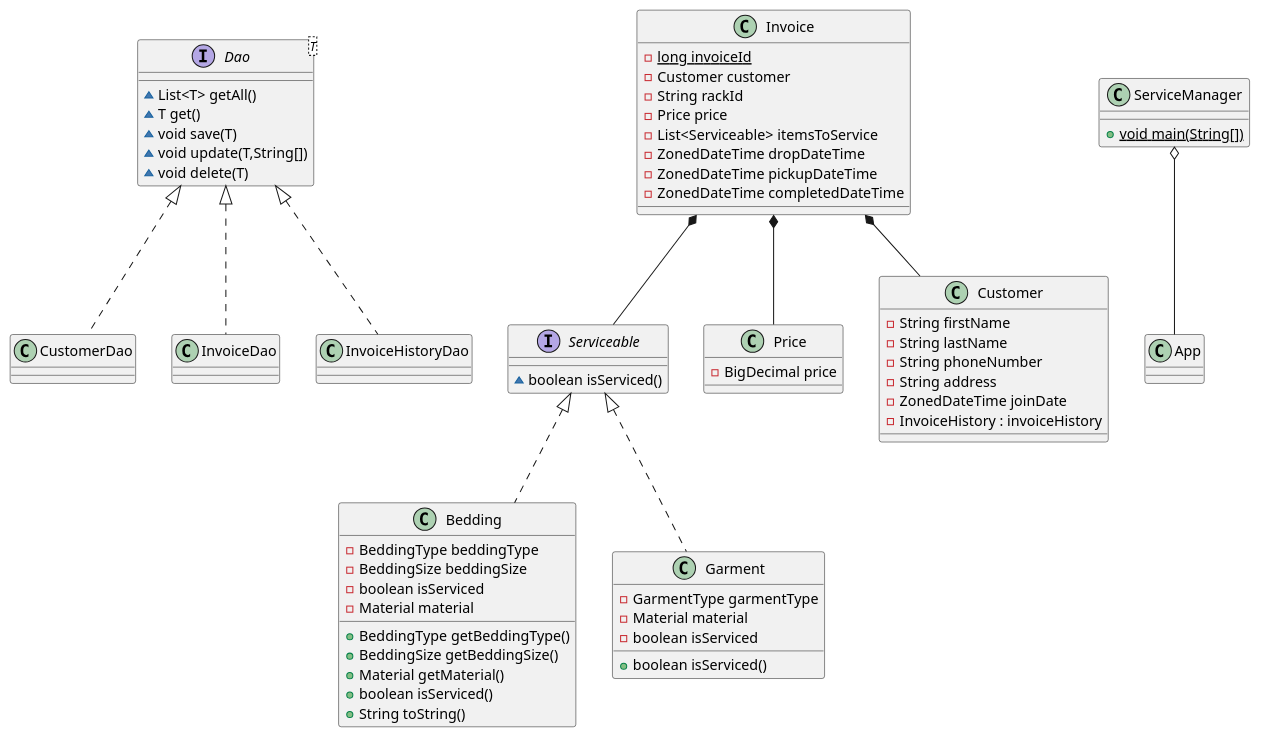
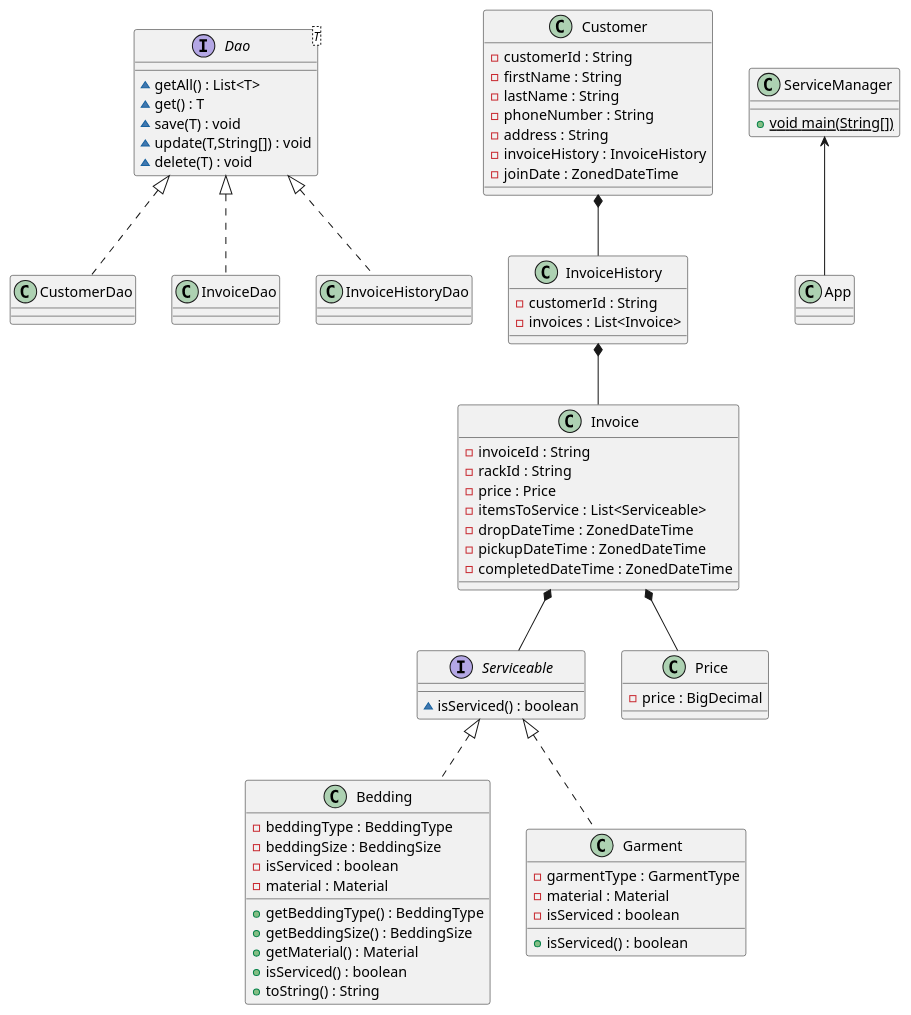
The diagram in ServiceManager/src/main/resources/ServiceManagerOverview.puml (willkim76/portfolio), drawn with PlantUML before and after one commit. The commit also changed 45 other files, not shown here.

Commit message:
ServiceManager Base Feature Revision A.0.6

```diff
--- a/ServiceManager/src/main/resources/ServiceManagerOverview.puml
+++ b/ServiceManager/src/main/resources/ServiceManagerOverview.puml
@@ -1,71 +1,76 @@
 @startuml
 class CustomerDao {
 }
 class Bedding {
-- BeddingType beddingType
-- BeddingSize beddingSize
-- boolean isServiced
-- Material material
-+ BeddingType getBeddingType()
-+ BeddingSize getBeddingSize()
-+ Material getMaterial()
-+ boolean isServiced()
-+ String toString()
+- beddingType : BeddingType
+- beddingSize : BeddingSize
+- isServiced : boolean
+- material : Material
++ getBeddingType() : BeddingType
++ getBeddingSize() : BeddingSize
++ getMaterial() : Material
++ isServiced() : boolean
++ toString() : String
 }
 class Invoice {
-- {static} long invoiceId
-- Customer customer
-- String rackId
-- Price price
-- List<Serviceable> itemsToService
-- ZonedDateTime dropDateTime
-- ZonedDateTime pickupDateTime
-- ZonedDateTime completedDateTime
+- invoiceId : String
+- rackId : String
+- price : Price
+- itemsToService : List<Serviceable>
+- dropDateTime : ZonedDateTime
+- pickupDateTime : ZonedDateTime
+- completedDateTime : ZonedDateTime
+}
+class InvoiceHistory {
+- customerId : String
+- invoices : List<Invoice>
 }
 interface Serviceable {
-~ boolean isServiced()
+~ isServiced() : boolean
 }
 interface Dao<T> {
-~ List<T> getAll()
-~ T get()
-~ void save(T)
-~ void update(T,String[])
-~ void delete(T)
+~ getAll() : List<T>
+~ get() : T
+~ save(T) : void
+~ update(T,String[]) : void
+~ delete(T) : void
 }
 class InvoiceDao {
 }
 class Garment {
-- GarmentType garmentType
-- Material material
-- boolean isServiced
-+ boolean isServiced()
+- garmentType : GarmentType
+- material : Material
+- isServiced : boolean
++ isServiced() : boolean
 }
 class App {
 }
 class ServiceManager {
 + {static} void main(String[])
 }
 class Price {
-- BigDecimal price
+- price : BigDecimal
 }
 class Customer {
-- String firstName
-- String lastName
-- String phoneNumber
-- String address
-- ZonedDateTime joinDate
-- InvoiceHistory : invoiceHistory
+- customerId : String
+- firstName : String
+- lastName : String
+- phoneNumber : String
+- address : String
+- invoiceHistory : InvoiceHistory
+- joinDate : ZonedDateTime
 }
 
 Serviceable <|.. Bedding
 Serviceable <|.. Garment
 Dao <|.. CustomerDao
 Dao <|.. InvoiceDao
 Dao <|.. InvoiceHistoryDao
 
 Invoice *-- Serviceable
-Invoice *-- Customer
 Invoice *-- Price
+Customer *-- InvoiceHistory
+InvoiceHistory *-- Invoice
 
-ServiceManager o-- App
+ServiceManager <-- App
 @enduml
```
